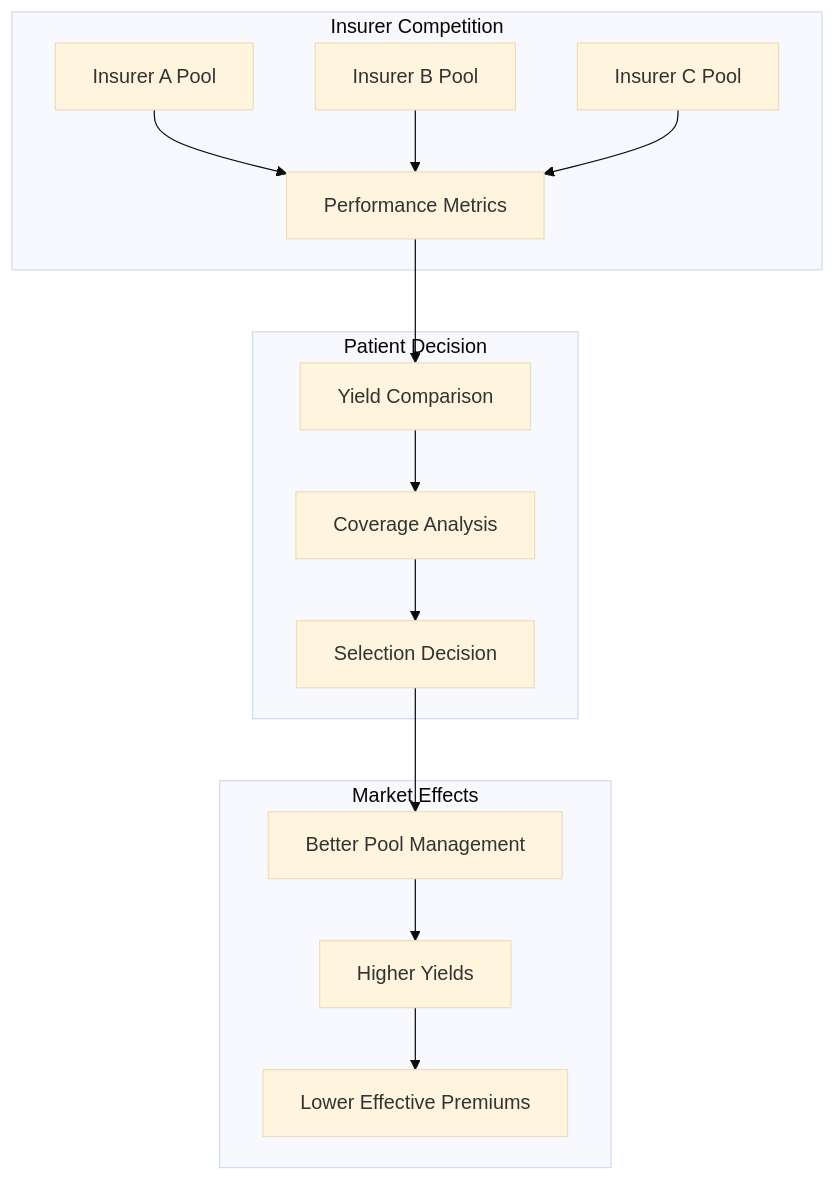
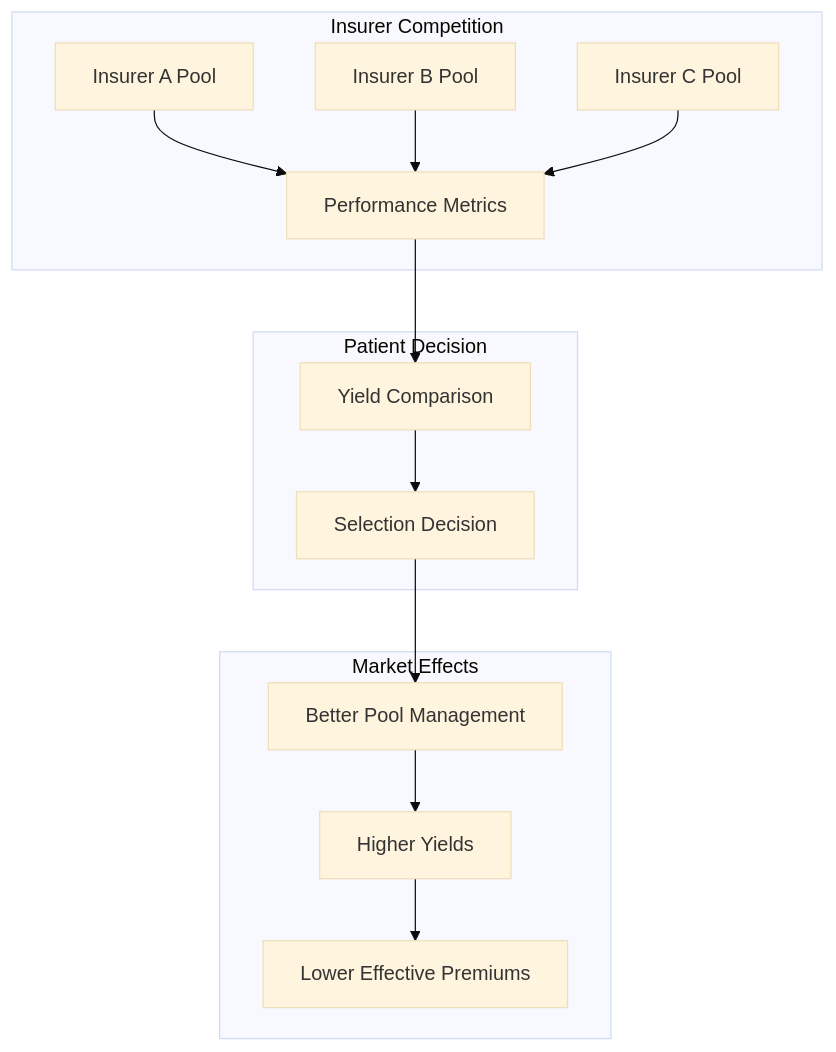
The fourth of 11 diagrams in memory-bank/systemPatterns.md (ppezzull/zkMed), drawn with Mermaid (base theme) before and after one commit. The commit also changed other lines of this file and 185 other files, not shown here.

````diff
--- a/memory-bank/systemPatterns.md
+++ b/memory-bank/systemPatterns.md
@@ -91,20 +73,19 @@
 ```mermaid
 graph TB
     subgraph "Insurer Competition"
         A[Insurer A Pool] --> D[Performance Metrics]
         B[Insurer B Pool] --> D
         C[Insurer C Pool] --> D
     end
     
     subgraph "Patient Decision"
         D --> E[Yield Comparison]
-        E --> F[Coverage Analysis]
-        F --> G[Selection Decision]
+        E --> F[Selection Decision]
     end
     
     subgraph "Market Effects"
-        G --> H[Better Pool Management]
-        H --> I[Higher Yields]
-        I --> J[Lower Effective Premiums]
+        F --> G[Better Pool Management]
+        G --> H[Higher Yields]
+        H --> I[Lower Effective Premiums]
     end
 ```
````
